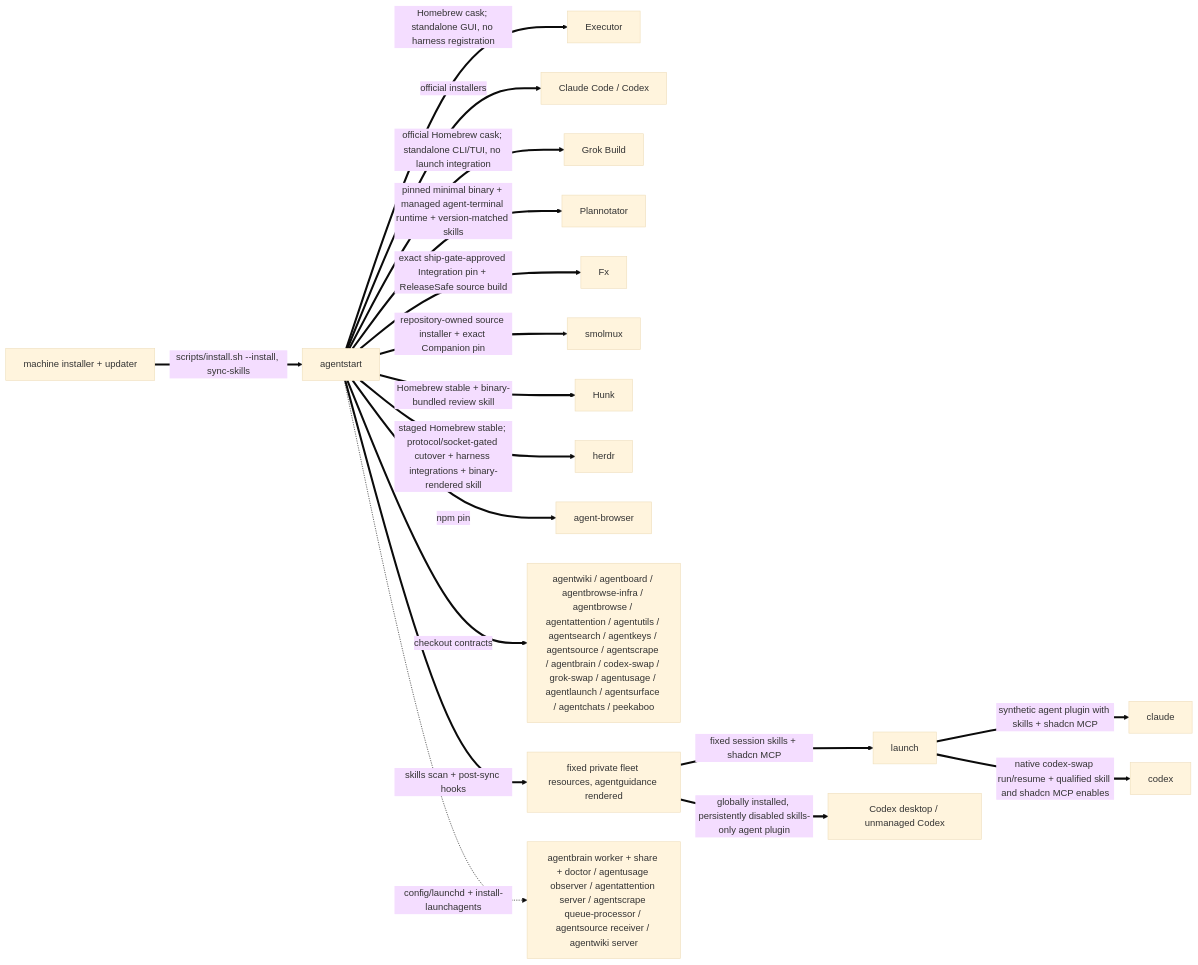
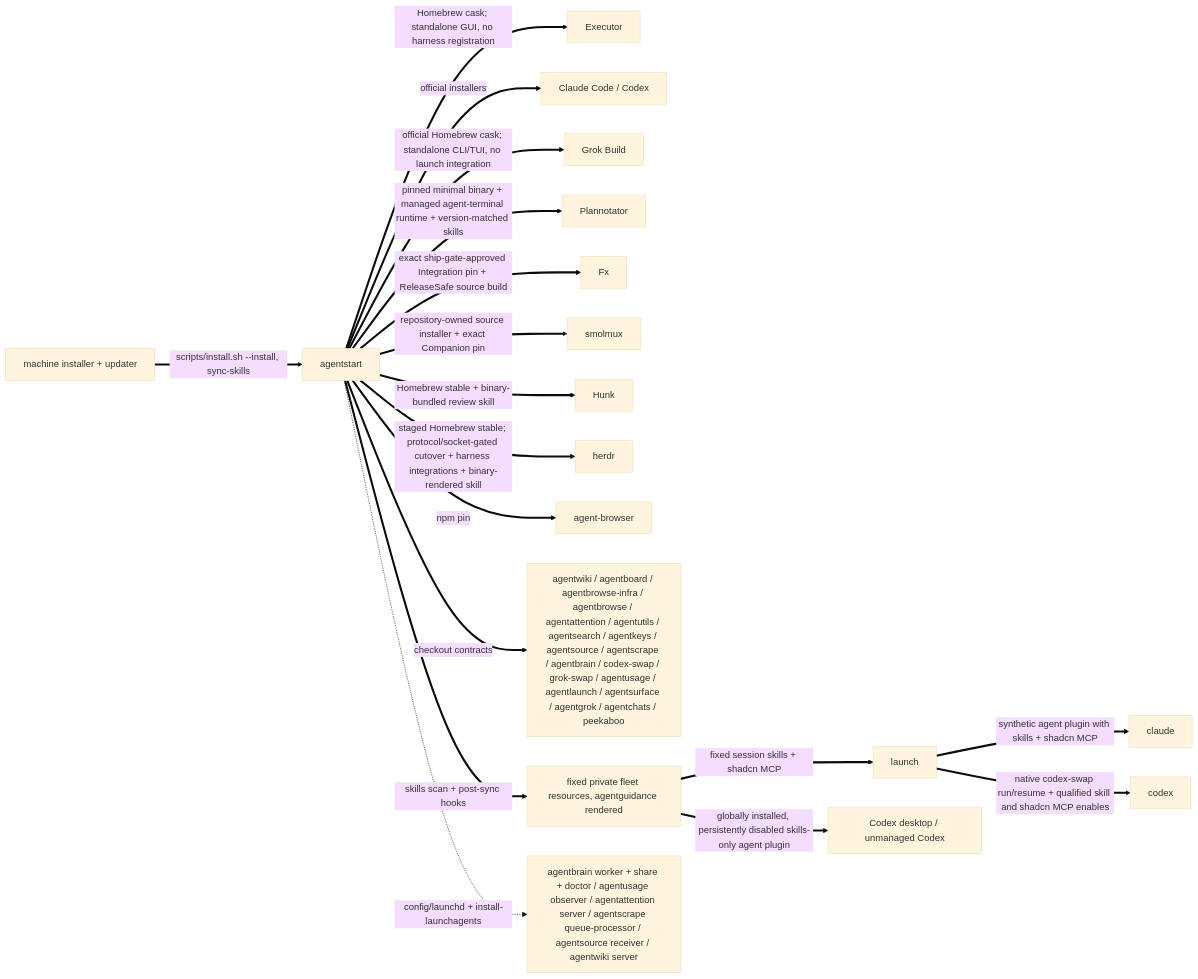
One commit to possibilities/agentstart changed the second of 3 diagrams in skills/fleet/MAP.md. Above: the diagram before and after it, drawn with Mermaid (base theme). The commit also changed other lines of this file and 3 other files, not shown here.

````diff
--- a/skills/fleet/MAP.md
+++ b/skills/fleet/MAP.md
@@ -92,23 +98,23 @@
 ```mermaid
 flowchart LR
     machine[machine installer + updater]
     start[agentstart]
 
     machine ==>|scripts/install.sh --install, sync-skills| start
     start ==>|Homebrew cask; standalone GUI, no harness registration| executor[Executor]
     start ==>|official installers| harnesses[Claude Code / Codex]
     start ==>|official Homebrew cask; standalone CLI/TUI, no launch integration| grok[Grok Build]
     start ==>|pinned minimal binary + managed agent-terminal runtime + version-matched skills| plannotator[Plannotator]
     start ==>|exact ship-gate-approved Integration pin + ReleaseSafe source build| fx[Fx]
     start ==>|repository-owned source installer + exact Companion pin| smolmuxInstall[smolmux]
     start ==>|Homebrew stable + binary-bundled review skill| hunk[Hunk]
     start ==>|staged Homebrew stable; protocol/socket-gated cutover + harness integrations + binary-rendered skill| herdrInstall[herdr]
     start ==>|npm pin| browser[agent-browser]
-    start ==>|checkout contracts| fleet[agentwiki / agentboard / agentbrowse-infra / agentbrowse / agentattention / agentutils / agentsearch / agentkeys / agentsource / agentscrape / agentbrain / codex-swap / grok-swap / agentusage / agentlaunch / agentsurface / agentchats / peekaboo]
+    start ==>|checkout contracts| fleet[agentwiki / agentboard / agentbrowse-infra / agentbrowse / agentattention / agentutils / agentsearch / agentkeys / agentsource / agentscrape / agentbrain / codex-swap / grok-swap / agentusage / agentlaunch / agentsurface / agentgrok / agentchats / peekaboo]
     start ==>|skills scan + post-sync hooks| skills[fixed private fleet resources, agentguidance rendered]
     skills ==>|fixed session skills + shadcn MCP| launch
     launch ==>|synthetic agent plugin with skills + shadcn MCP| claude
     launch ==>|native codex-swap run/resume + qualified skill and shadcn MCP enables| codex
     skills ==>|globally installed, persistently disabled skills-only agent plugin| codexDesktop[Codex desktop / unmanaged Codex]
     start -.->|config/launchd + install-launchagents| services[agentbrain worker + share + doctor / agentusage observer / agentattention server / agentscrape queue-processor / agentsource receiver / agentwiki server]
 ```
````
